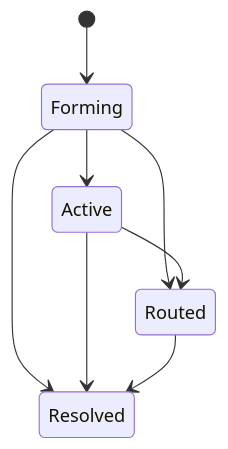
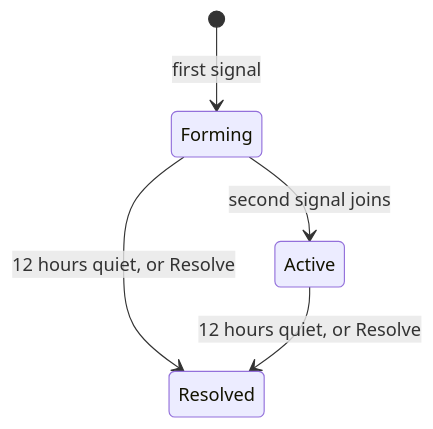
Before and after one commit to nhat-tranvan/docs: the diagram in guide/pulse/clusters.mdx, drawn with Mermaid. The commit also changed other lines of this file and 236 other files, not shown here.

````diff
--- a/guide/pulse/clusters.mdx
+++ b/guide/pulse/clusters.mdx
@@ -11,10 +13,7 @@
 ```mermaid
 stateDiagram-v2
-    [*] --> Forming
-    Forming --> Active
-    Forming --> Routed
-    Active --> Routed
-    Forming --> Resolved
-    Active --> Resolved
-    Routed --> Resolved
+    [*] --> Forming: first signal
+    Forming --> Active: second signal joins
+    Forming --> Resolved: 12 hours quiet, or Resolve
+    Active --> Resolved: 12 hours quiet, or Resolve
 ```
````
